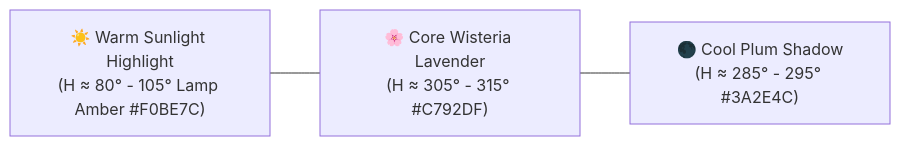
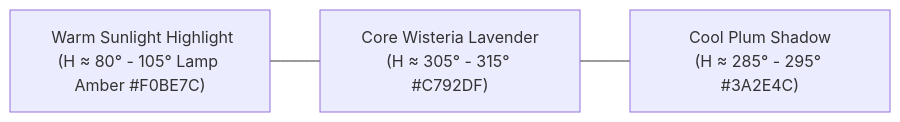
Before and after one commit to lxcario/PixiBun: the second of 5 diagrams in DESIGN.md, drawn with Mermaid. The commit also changed other lines of this file and 18 other files, not shown here.

````diff
--- a/DESIGN.md
+++ b/DESIGN.md
@@ -41,5 +41,5 @@
 ```mermaid
 graph LR
-    Highlight["☀️ Warm Sunlight Highlight<br/>(H ≈ 80° - 105° Lamp Amber #F0BE7C)"] --- Base["🌸 Core Wisteria Lavender<br/>(H ≈ 305° - 315° #C792DF)"]
-    Base --- Shadow["🌑 Cool Plum Shadow<br/>(H ≈ 285° - 295° #3A2E4C)"]
+    Highlight["️ Warm Sunlight Highlight<br/>(H ≈ 80° - 105° Lamp Amber #F0BE7C)"] --- Base[" Core Wisteria Lavender<br/>(H ≈ 305° - 315° #C792DF)"]
+    Base --- Shadow[" Cool Plum Shadow<br/>(H ≈ 285° - 295° #3A2E4C)"]
 ```
````
